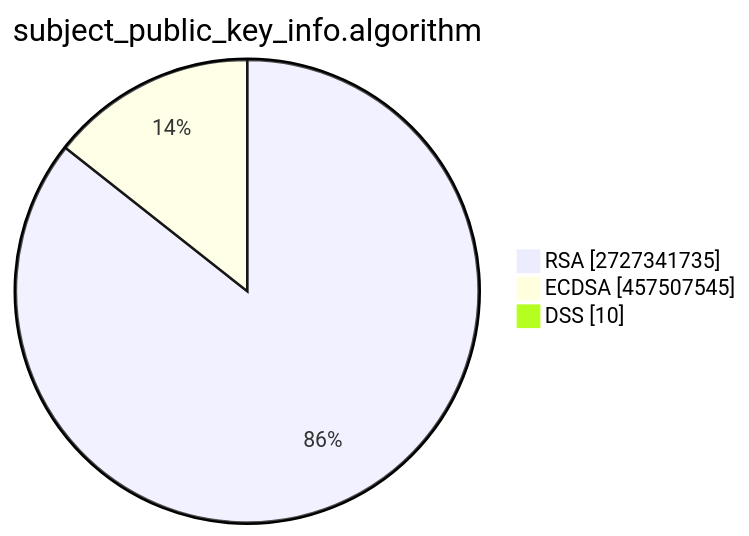
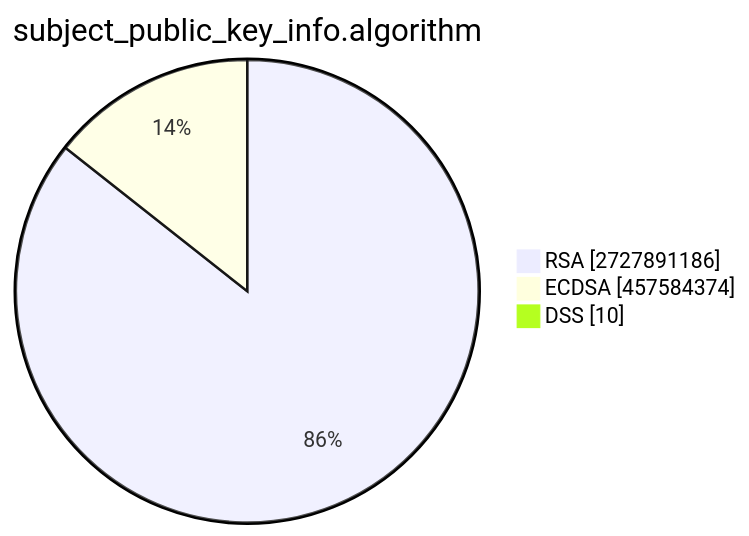
The second of 15 diagrams in TOTAL/README.md (christiankrug/ctmonitor_visualization), drawn with Mermaid before and after one commit. The commit also changed other lines of this file, not shown here.

````diff
--- a/TOTAL/README.md
+++ b/TOTAL/README.md
@@ -6,7 +6,7 @@
 ```mermaid
 pie showData
 title subject_public_key_info.algorithm
-"RSA" :2727341735
-"ECDSA" :457507545
+"RSA" :2727891186
+"ECDSA" :457584374
 "DSS" :10
 ```
````
